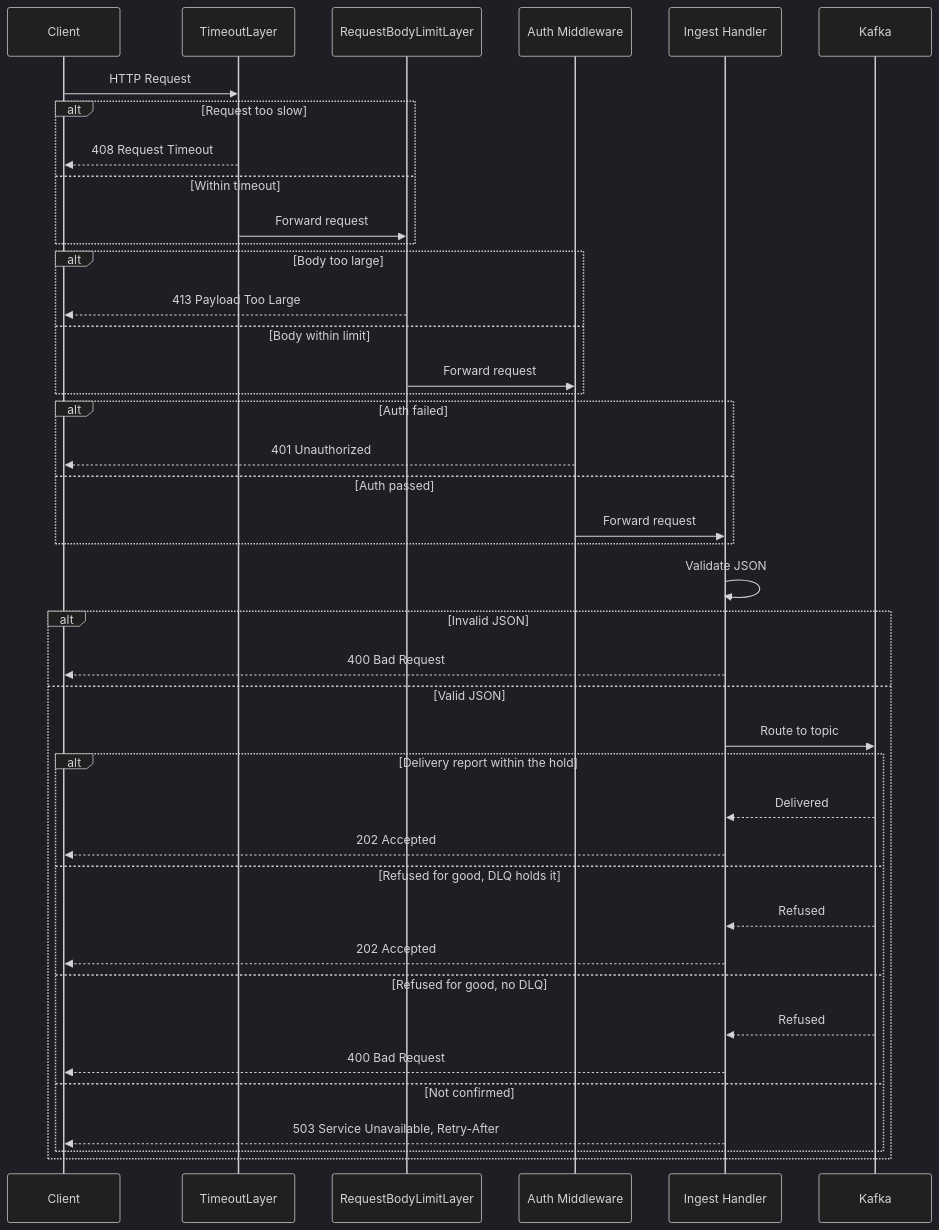
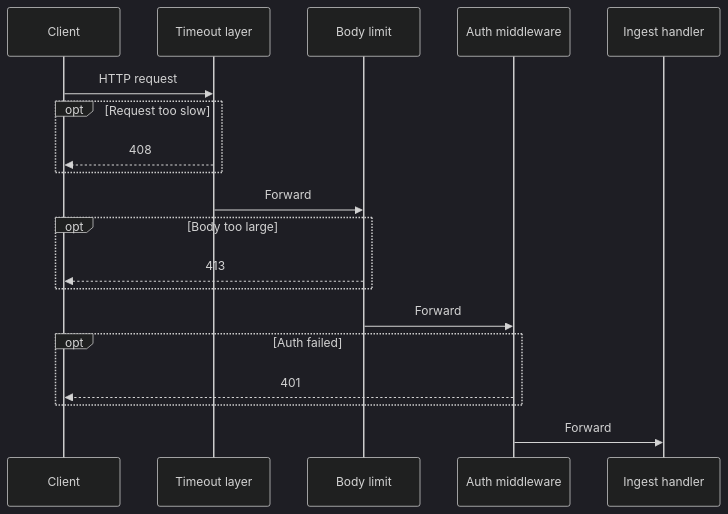
Before and after one commit to hyperi-io/dfe-receiver: the first of 3 diagrams in docs/hardening.md, drawn with Mermaid (dark theme). The commit also changed other lines of this file and 17 other files, not shown here.

First line of the commit message:
docs(receiver): redraw diagrams and update receiver docs

````diff
--- a/docs/hardening.md
+++ b/docs/hardening.md
@@ -56,44 +56,24 @@
 ```mermaid
 sequenceDiagram
-    participant Client
-    participant Timeout as TimeoutLayer
-    participant BodyLimit as RequestBodyLimitLayer
-    participant Auth as Auth Middleware
-    participant Handler as Ingest Handler
-    participant Kafka
+    accTitle: L4 Detail -- HTTP request order
+    accDescr: A request passes the timeout, then the body limit, then auth, and each refuses it with 408, 413 or 401 before the handler sees it.
+    participant client as Client
+    participant timeout as Timeout layer
+    participant limit as Body limit
+    participant auth as Auth middleware
+    participant handler as Ingest handler
 
-    Client->>Timeout: HTTP Request
-    alt Request too slow
-        Timeout-->>Client: 408 Request Timeout
-    else Within timeout
-        Timeout->>BodyLimit: Forward request
+    client->>timeout: HTTP request
+    opt Request too slow
+        timeout-->>client: 408
     end
-    alt Body too large
-        BodyLimit-->>Client: 413 Payload Too Large
-    else Body within limit
-        BodyLimit->>Auth: Forward request
+    timeout->>limit: Forward
+    opt Body too large
+        limit-->>client: 413
     end
-    alt Auth failed
-        Auth-->>Client: 401 Unauthorized
-    else Auth passed
-        Auth->>Handler: Forward request
+    limit->>auth: Forward
+    opt Auth failed
+        auth-->>client: 401
     end
-    Handler->>Handler: Validate JSON
-    alt Invalid JSON
-        Handler-->>Client: 400 Bad Request
-    else Valid JSON
-        Handler->>Kafka: Route to topic
-        alt Delivery report within the hold
-            Kafka-->>Handler: Delivered
-            Handler-->>Client: 202 Accepted
-        else Refused for good, DLQ holds it
-            Kafka-->>Handler: Refused
-            Handler-->>Client: 202 Accepted
-        else Refused for good, no DLQ
-            Kafka-->>Handler: Refused
-            Handler-->>Client: 400 Bad Request
-        else Not confirmed
-            Handler-->>Client: 503 Service Unavailable, Retry-After
-        end
-    end
+    auth->>handler: Forward
 ```
````
